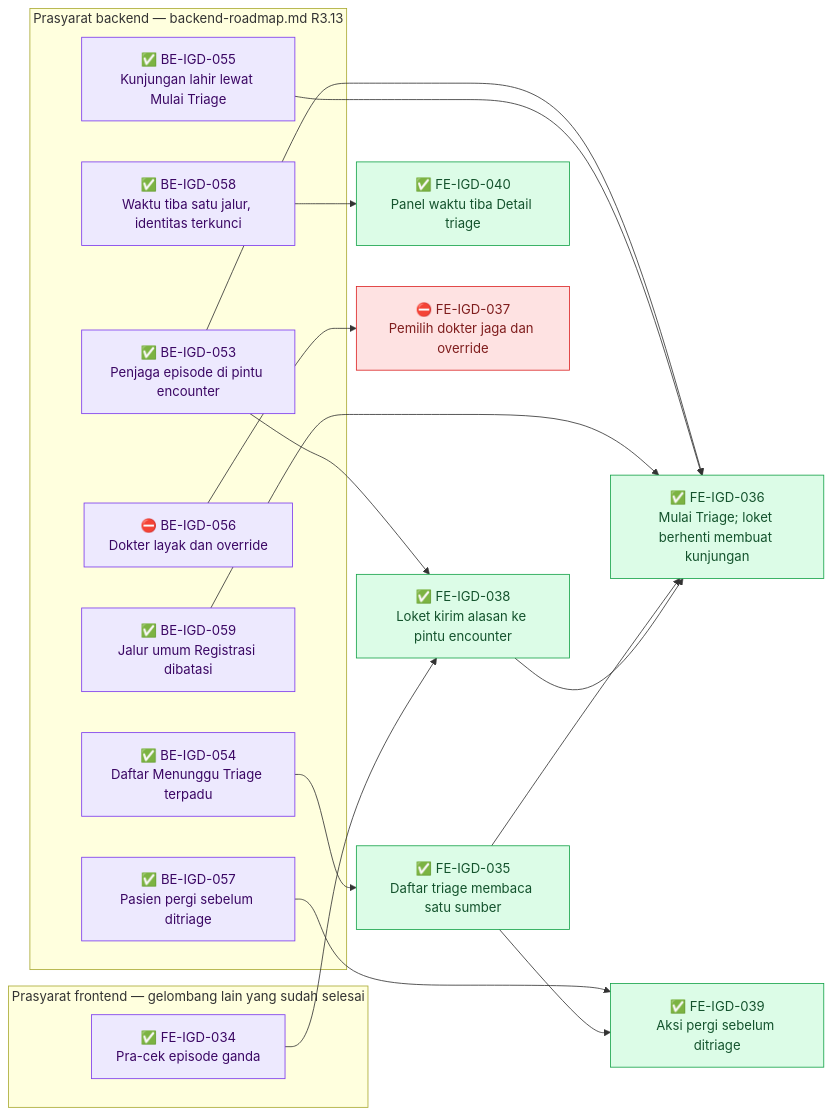
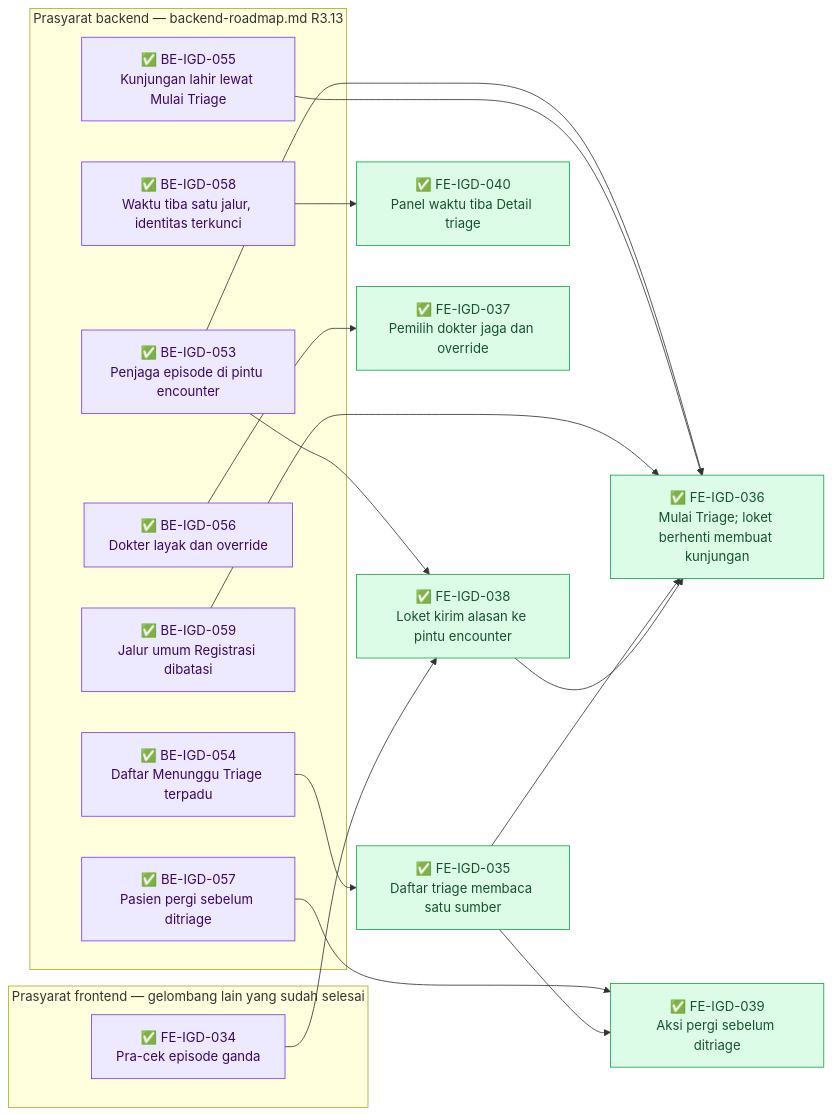
One commit to DevBenari/NewQuilvianSystemBackend changed diagram 12 of 18 in docs/module-blueprints/igd/roadmap/frontend-roadmap.md. Above: the diagram before and after it, drawn with Mermaid. The commit also changed other lines of this file and 32 other files, not shown here.

Commit message:
melanjutkan penugasan dokter dpjp igd dan pendaftaran asuransi pasien igd

````diff
--- a/docs/module-blueprints/igd/roadmap/frontend-roadmap.md
+++ b/docs/module-blueprints/igd/roadmap/frontend-roadmap.md
@@ -1316,42 +1316,42 @@
 ```mermaid
 flowchart LR
     classDef selesai fill:#DCFCE7,stroke:#16A34A,color:#14532D
     classDef sebagian fill:#FEF9C3,stroke:#CA8A04,color:#713F12
     classDef terblokir fill:#FEE2E2,stroke:#DC2626,color:#7F1D1D
     classDef belum fill:#F1F5F9,stroke:#64748B,color:#0F172A
     classDef luar fill:#EDE9FE,stroke:#7C3AED,color:#3B0764
 
     subgraph backend["Prasyarat backend — backend-roadmap.md R3.13"]
         BEIGD053["✅ BE-IGD-053<br/>Penjaga episode di pintu encounter"]:::luar
         BEIGD054["✅ BE-IGD-054<br/>Daftar Menunggu Triage terpadu"]:::luar
         BEIGD055["✅ BE-IGD-055<br/>Kunjungan lahir lewat Mulai Triage"]:::luar
-        BEIGD056["⛔ BE-IGD-056<br/>Dokter layak dan override"]:::luar
+        BEIGD056["✅ BE-IGD-056<br/>Dokter layak dan override"]:::luar
         BEIGD057["✅ BE-IGD-057<br/>Pasien pergi sebelum ditriage"]:::luar
         BEIGD058["✅ BE-IGD-058<br/>Waktu tiba satu jalur, identitas terkunci"]:::luar
         BEIGD059["✅ BE-IGD-059<br/>Jalur umum Registrasi dibatasi"]:::luar
     end
 
     subgraph frontendlain["Prasyarat frontend — gelombang lain yang sudah selesai"]
         FEIGD034["✅ FE-IGD-034<br/>Pra-cek episode ganda"]:::luar
     end
 
     FEIGD035["✅ FE-IGD-035<br/>Daftar triage membaca satu sumber"]:::selesai
     FEIGD038["✅ FE-IGD-038<br/>Loket kirim alasan ke pintu encounter"]:::selesai
     FEIGD040["✅ FE-IGD-040<br/>Panel waktu tiba Detail triage"]:::selesai
     FEIGD039["✅ FE-IGD-039<br/>Aksi pergi sebelum ditriage"]:::selesai
     FEIGD036["✅ FE-IGD-036<br/>Mulai Triage; loket berhenti membuat kunjungan"]:::selesai
-    FEIGD037["⛔ FE-IGD-037<br/>Pemilih dokter jaga dan override"]:::terblokir
+    FEIGD037["✅ FE-IGD-037<br/>Pemilih dokter jaga dan override"]:::selesai
 
     BEIGD054 --> FEIGD035
     BEIGD053 --> FEIGD038
     FEIGD034 --> FEIGD038
     BEIGD058 --> FEIGD040
     BEIGD057 --> FEIGD039
     FEIGD035 --> FEIGD039
     BEIGD053 --> FEIGD036
     BEIGD055 --> FEIGD036
     BEIGD059 --> FEIGD036
     FEIGD035 --> FEIGD036
     FEIGD038 --> FEIGD036
     BEIGD056 --> FEIGD037
 ```
````
